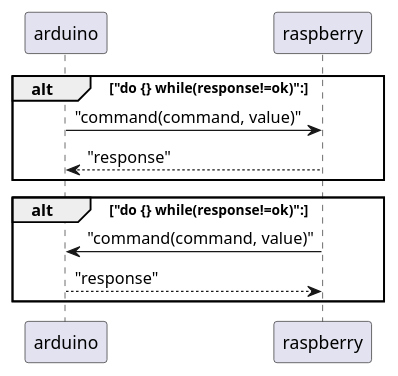
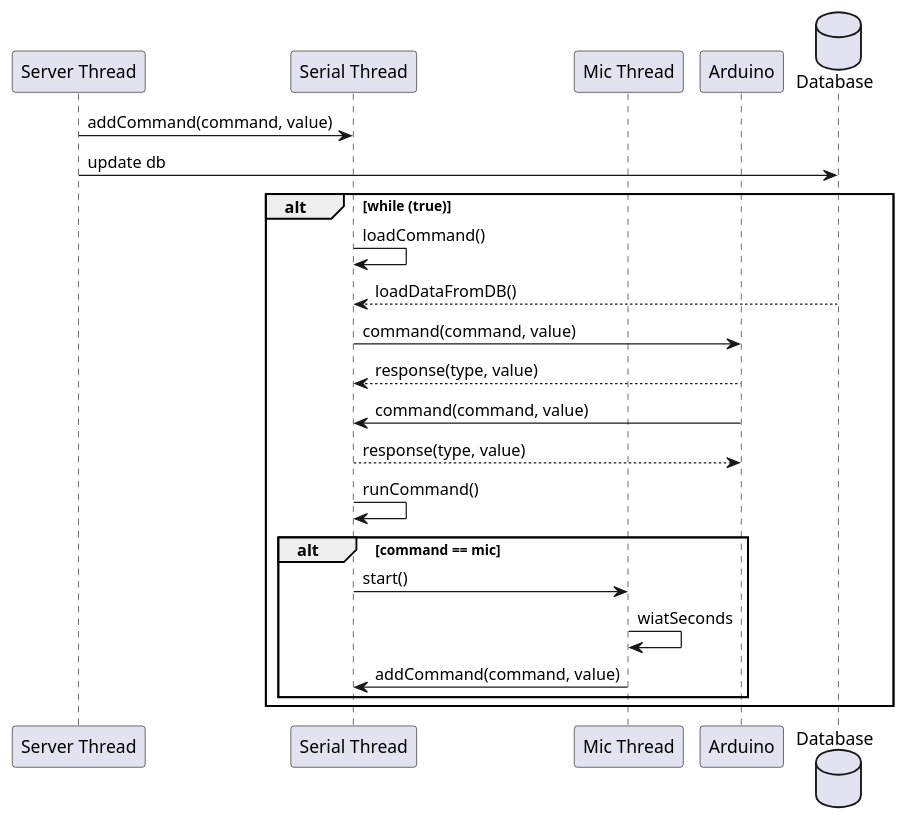
One commit to giuliobosco/freqline changed the diagram in design/acc/serial.puml. Above: the diagram before and after it, drawn with PlantUML. The commit also changed 1 other file, not shown here.

Commit message:
fix design/acc/serial - all elements

```diff
--- a/design/acc/serial.puml
+++ b/design/acc/serial.puml
@@ -1,13 +1,29 @@
 @startuml
 
-alt "do {} while(response!=ok)":
-    arduino -> raspberry : "command(command, value)"
-    raspberry --> arduino : "response"
-end
+participant "Server Thread" as server
+participant "Serial Thread" as serial
+participant "Mic Thread" as micT
+participant "Arduino" as arduino
+database "Database" as db
 
-alt "do {} while(response!=ok)":
-    raspberry -> arduino : "command(command, value)"
-    arduino --> raspberry : "response"
+server -> serial : addCommand(command, value)
+server -> db : update db
+
+alt while (true)
+    serial -> serial : loadCommand()
+    db --> serial : loadDataFromDB()
+    serial -> arduino : command(command, value)
+    arduino --> serial : response(type, value)
+    arduino -> serial : command(command, value)
+    serial --> arduino : response(type, value)
+
+    serial -> serial : runCommand()
+
+    alt command == mic
+        serial -> micT : start()
+        micT -> micT : wiatSeconds
+        micT -> serial : addCommand(command, value)
+    end
 end
 
 @enduml
```
